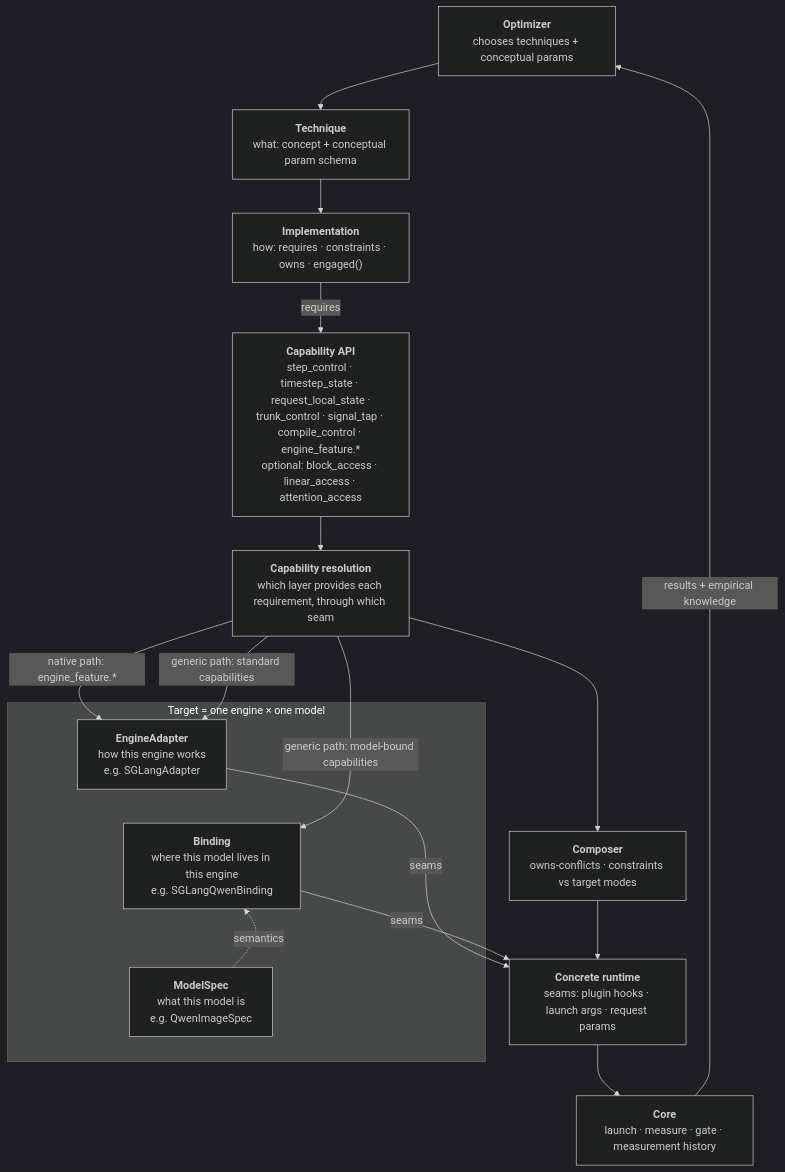
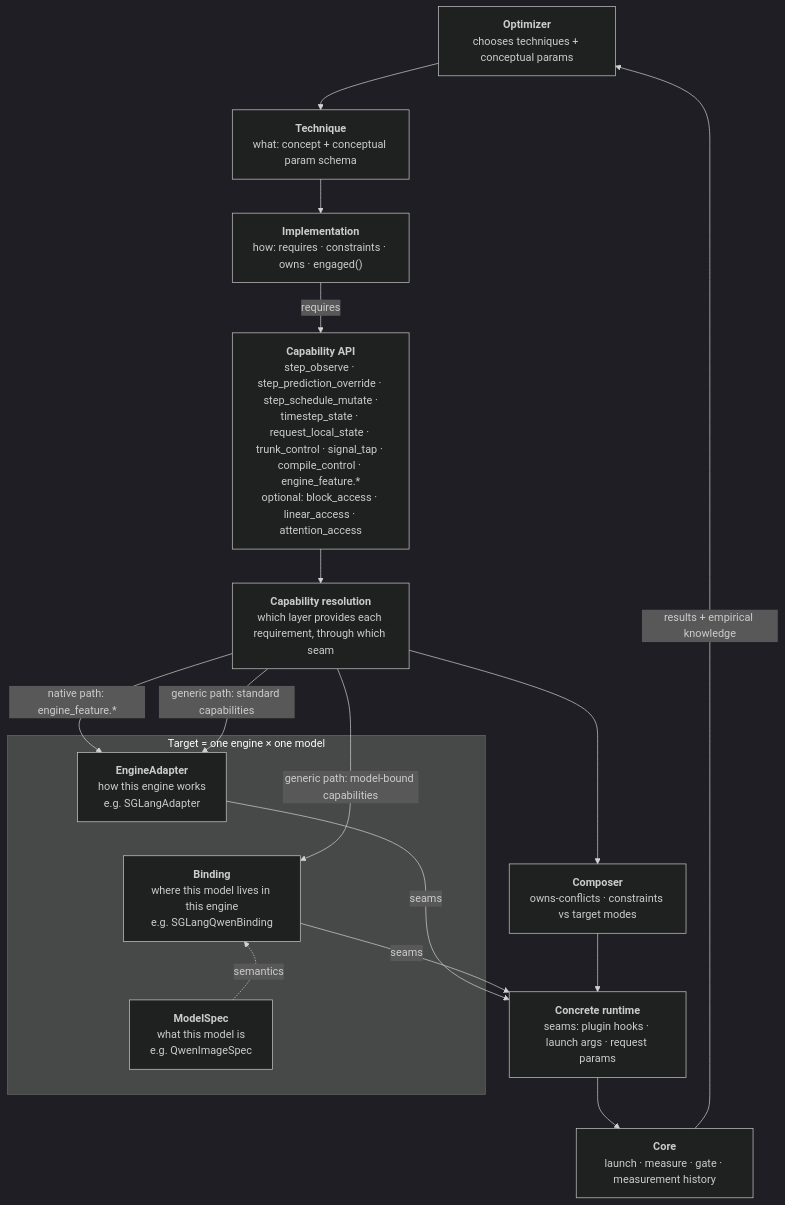
The diagram in docs/architecture.md (fractalyze/optimizer), drawn with Mermaid (dark theme) before and after one commit. The commit also changed other lines of this file and 6 other files, not shown here.

First line of the commit message:
docs: split step control into three capabilities after experiment 001

````diff
--- a/docs/architecture.md
+++ b/docs/architecture.md
@@ -29,27 +30,27 @@
 ```mermaid
 flowchart TB
     OPT["<b>Optimizer</b><br/>chooses techniques + conceptual params"]
     TEC["<b>Technique</b><br/>what: concept + conceptual param schema"]
     IMP["<b>Implementation</b><br/>how: requires · constraints · owns · engaged()"]
-    CAP["<b>Capability API</b><br/>step_control · timestep_state · request_local_state ·<br/>trunk_control · signal_tap · compile_control · engine_feature.*<br/>optional: block_access · linear_access · attention_access"]
+    CAP["<b>Capability API</b><br/>step_observe · step_prediction_override · step_schedule_mutate ·<br/>timestep_state · request_local_state · trunk_control · signal_tap · compile_control · engine_feature.*<br/>optional: block_access · linear_access · attention_access"]
     RES["<b>Capability resolution</b><br/>which layer provides each requirement, through which seam"]
     subgraph TGT["Target = one engine × one model"]
         EA["<b>EngineAdapter</b><br/>how this engine works<br/>e.g. SGLangAdapter"]
         BD["<b>Binding</b><br/>where this model lives in this engine<br/>e.g. SGLangQwenBinding"]
         MS["<b>ModelSpec</b><br/>what this model is<br/>e.g. QwenImageSpec"]
         EA ~~~ BD ~~~ MS
     end
     COMP["<b>Composer</b><br/>owns-conflicts · constraints vs target modes"]
     RT["<b>Concrete runtime</b><br/>seams: plugin hooks · launch args · request params"]
     CORE["<b>Core</b><br/>launch · measure · gate · measurement history"]
 
     OPT --> TEC --> IMP -- requires --> CAP --> RES
     RES -- "native path: engine_feature.*" --> EA
     RES -- "generic path: standard capabilities" --> EA
     RES -- "generic path: model-bound capabilities" --> BD
     MS -. semantics .-> BD
     RES --> COMP --> RT
     EA -- seams --> RT
     BD -- seams --> RT
     RT --> CORE -- "results + empirical knowledge" --> OPT
 ```
````
